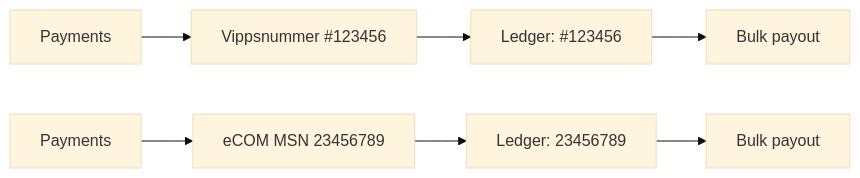
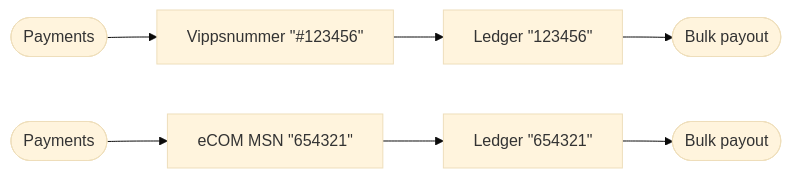
One commit to vippsas/vipps-report-api changed the first of 2 diagrams in api-guide/settlement.md. Above: the diagram before and after it, drawn with Mermaid (base theme). The commit also changed other lines of this file, not shown here.

Commit message:
New updates from  Christian L

````diff
--- a/api-guide/settlement.md
+++ b/api-guide/settlement.md
@@ -78,11 +78,11 @@
 ``` mermaid
 flowchart LR
-    PaymentVN[Payments]
-    PaymentLedger[Payments]
-    PaymentVN --> Vippsnummer[Vippsnummer #123456]
-    PaymentLedger --> ecomMSN[eCOM MSN 23456789]
-    Vippsnummer --> LedgerVN[Ledger: #123456]
-    ecomMSN --> LedgerMSN[Ledger: 23456789]
-    LedgerVN --> BulkVN[Bulk payout]
-    LedgerMSN --> BulkMSN[Bulk payout]
+    PaymentVN([Payments])
+    PaymentLedger([Payments])
+    PaymentVN --> Vippsnummer["Vippsnummer #quot;#123456#quot;"]
+    PaymentLedger --> ecomMSN["eCOM MSN #quot;654321#quot;"]
+    Vippsnummer --> LedgerVN["Ledger #quot;123456#quot;"]
+    ecomMSN --> LedgerMSN["Ledger #quot;654321#quot;"]
+    LedgerVN --> BulkVN([Bulk payout])
+    LedgerMSN --> BulkMSN([Bulk payout])
 ```
````
